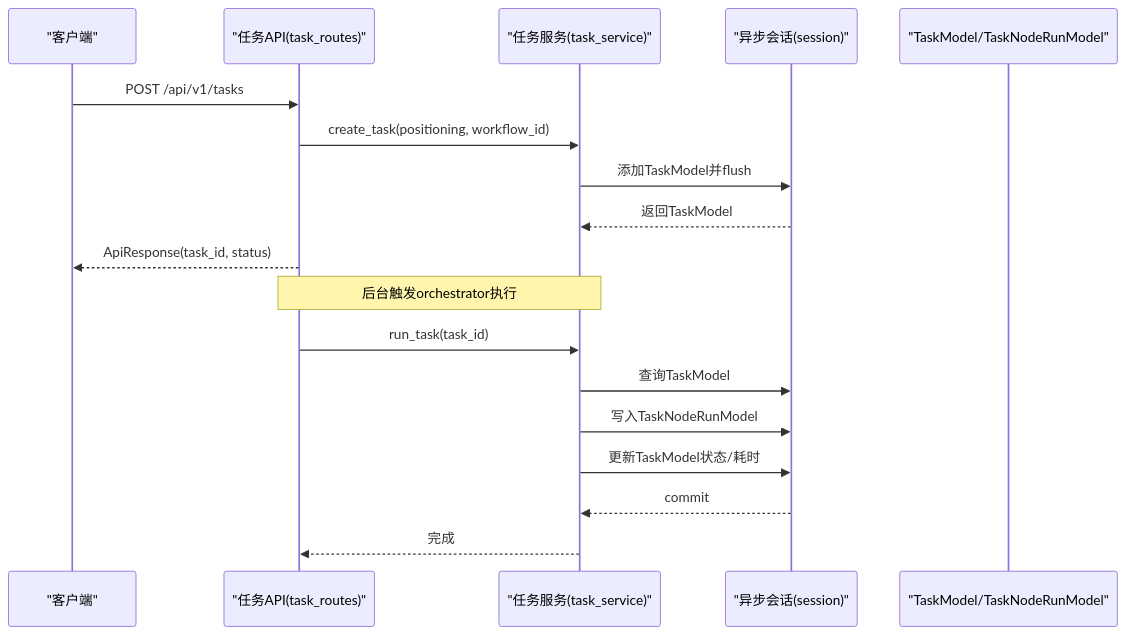
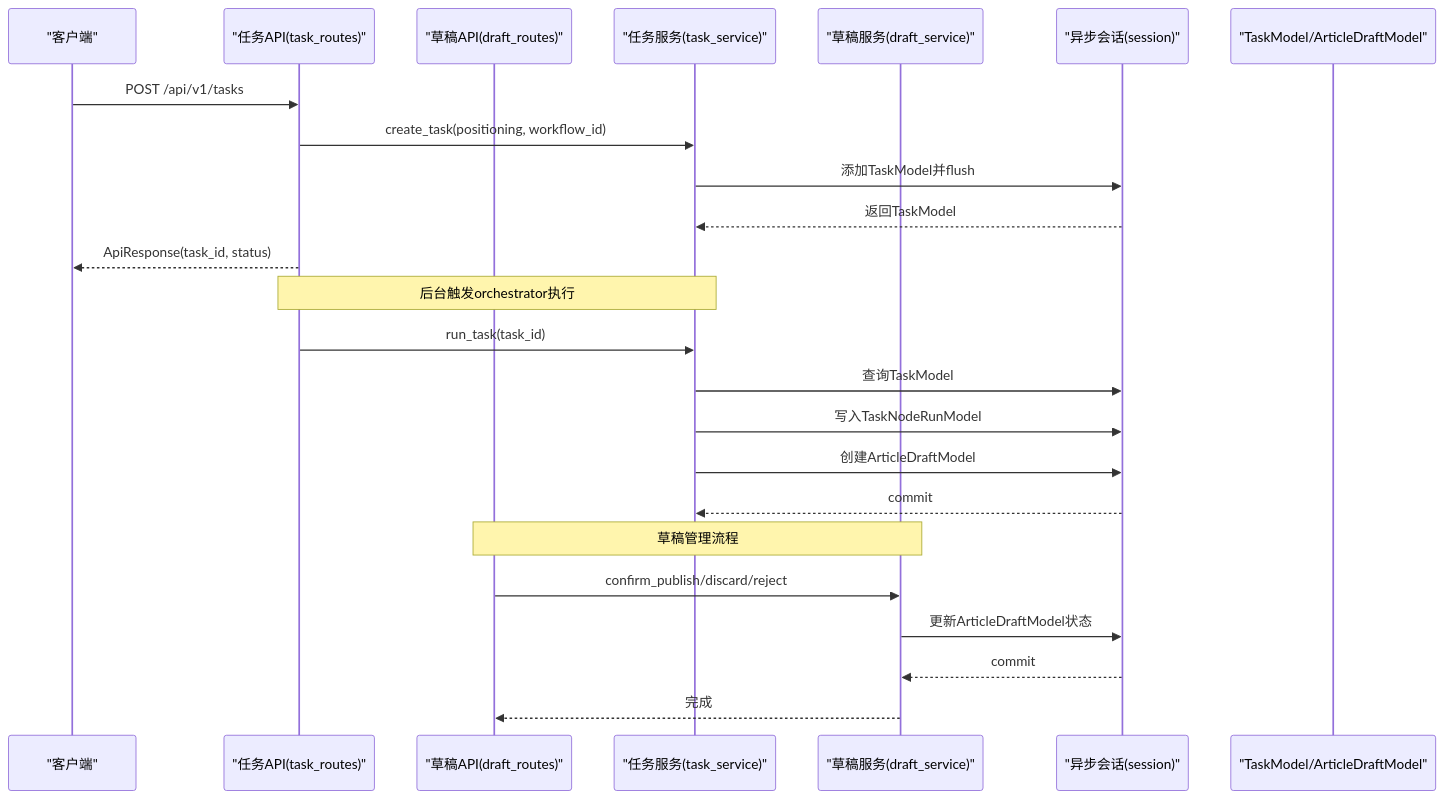
The second of 4 diagrams in .qoder/repowiki/zh/content/数据库设计/数据模型定义/数据模型定义.md (sansansansansan2022-web/hotclaw), drawn with Mermaid before and after one commit. The commit also changed other lines of this file and 44 other files, not shown here.

````diff
--- a/.qoder/repowiki/zh/content/数据库设计/数据模型定义/数据模型定义.md
+++ b/.qoder/repowiki/zh/content/数据库设计/数据模型定义/数据模型定义.md
@@ -113,20 +127,26 @@
 ```mermaid
 sequenceDiagram
 participant Client as "客户端"
 participant API as "任务API(task_routes)"
+participant DraftAPI as "草稿API(draft_routes)"
 participant Svc as "任务服务(task_service)"
+participant DraftSvc as "草稿服务(draft_service)"
 participant DB as "异步会话(session)"
-participant Model as "TaskModel/TaskNodeRunModel"
+participant Model as "TaskModel/ArticleDraftModel"
 Client->>API : POST /api/v1/tasks
 API->>Svc : create_task(positioning, workflow_id)
 Svc->>DB : 添加TaskModel并flush
 DB-->>Svc : 返回TaskModel
 API-->>Client : ApiResponse(task_id, status)
 Note over API,Svc : 后台触发orchestrator执行
 API->>Svc : run_task(task_id)
 Svc->>DB : 查询TaskModel
 Svc->>DB : 写入TaskNodeRunModel
-Svc->>DB : 更新TaskModel状态/耗时
+Svc->>DB : 创建ArticleDraftModel
 DB-->>Svc : commit
-Svc-->>API : 完成
+Note over DraftAPI,DraftSvc : 草稿管理流程
+DraftAPI->>DraftSvc : confirm_publish/discard/reject
+DraftSvc->>DB : 更新ArticleDraftModel状态
+DB-->>DraftSvc : commit
+DraftSvc-->>DraftAPI : 完成
 ```
````
